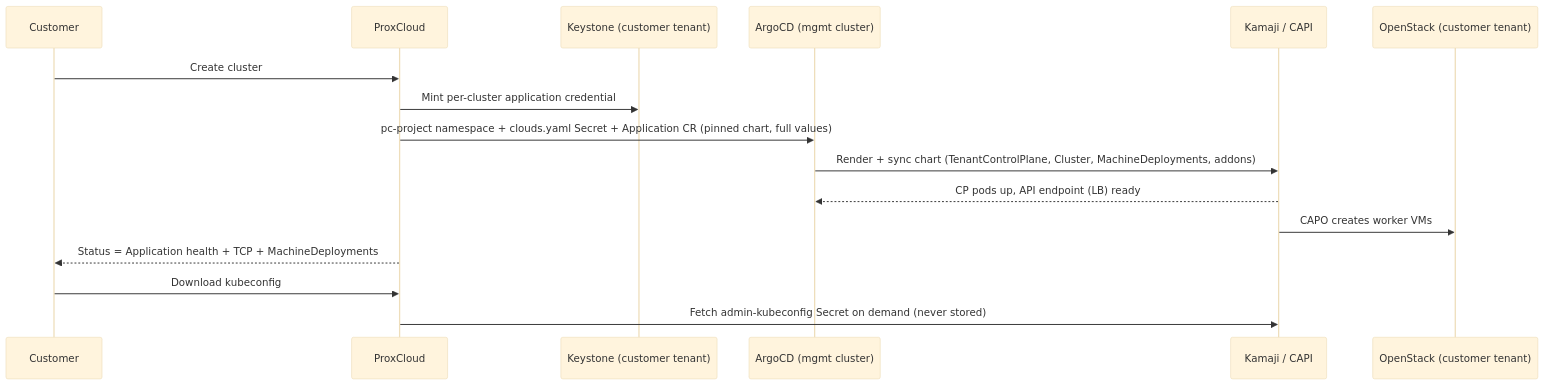
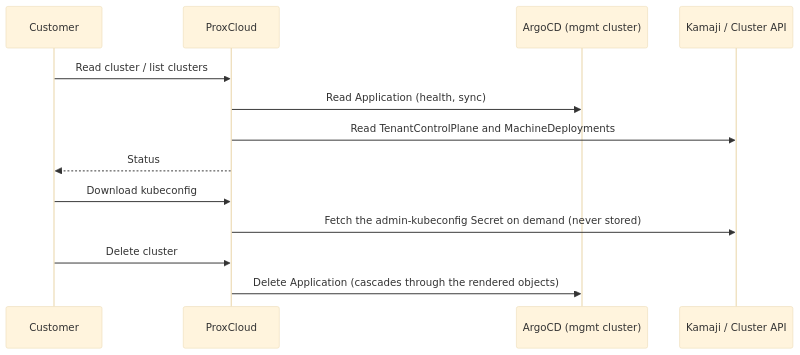
One commit to mutex-solutions/proxcloud changed the diagram in docs/managed-k8s.md. Above: the diagram before and after it, drawn with Mermaid (base theme). The commit also changed other lines of this file and 44 other files, not shown here.

First line of the commit message:
docs: describe the Proxmox backend and drop OpenStack pages

````diff
--- a/docs/managed-k8s.md
+++ b/docs/managed-k8s.md
@@ -215,18 +74,15 @@
 ```mermaid
 sequenceDiagram
     participant C as Customer
     participant S as ProxCloud
-    participant K as Keystone (customer tenant)
     participant A as ArgoCD (mgmt cluster)
-    participant KJ as Kamaji / CAPI
-    participant OS as OpenStack (customer tenant)
-    C->>S: Create cluster
-    S->>K: Mint per-cluster application credential
-    S->>A: pc-project namespace + clouds.yaml Secret + Application CR (pinned chart, full values)
-    A->>KJ: Render + sync chart (TenantControlPlane, Cluster, MachineDeployments, addons)
-    KJ-->>A: CP pods up, API endpoint (LB) ready
-    KJ->>OS: CAPO creates worker VMs
-    S-->>C: Status = Application health + TCP + MachineDeployments
+    participant KJ as Kamaji / Cluster API
+    C->>S: Read cluster / list clusters
+    S->>A: Read Application (health, sync)
+    S->>KJ: Read TenantControlPlane and MachineDeployments
+    S-->>C: Status
     C->>S: Download kubeconfig
-    S->>KJ: Fetch admin-kubeconfig Secret on demand (never stored)
+    S->>KJ: Fetch the admin-kubeconfig Secret on demand (never stored)
+    C->>S: Delete cluster
+    S->>A: Delete Application (cascades through the rendered objects)
 ```
````
